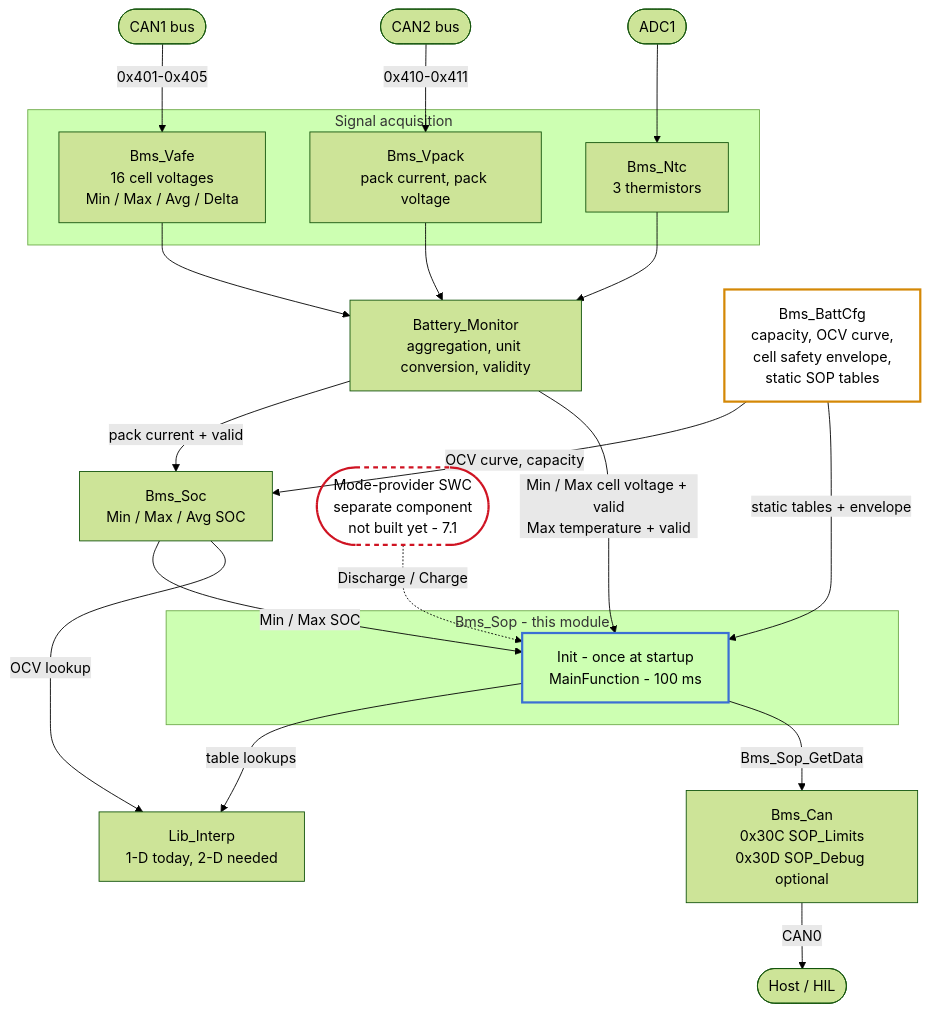
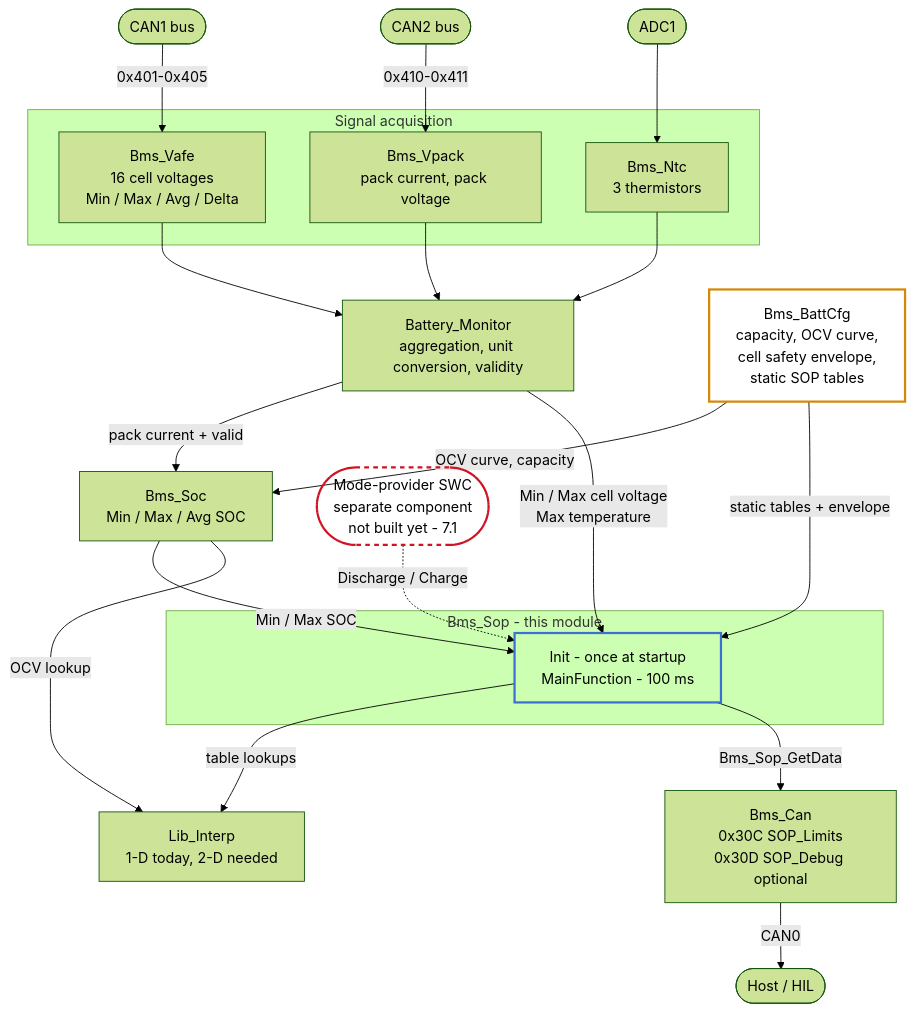
Before and after one commit to jsivolt/BMS_demo: the first of 6 diagrams in src/battery/SOP_DESIGN.md, drawn with Mermaid (forest theme). The commit also changed other lines of this file, not shown here.

````diff
--- a/src/battery/SOP_DESIGN.md
+++ b/src/battery/SOP_DESIGN.md
@@ -106,46 +107,46 @@
 ```mermaid
 flowchart TD
     CAN1(["CAN1 bus"]) -->|"0x401-0x405"| VAFE
     CAN2(["CAN2 bus"]) -->|"0x410-0x411"| VPACK
     ADC1(["ADC1"]) --> NTC
 
     subgraph sensing["Signal acquisition"]
         VAFE["Bms_Vafe<br/>16 cell voltages<br/>Min / Max / Avg / Delta"]
         VPACK["Bms_Vpack<br/>pack current, pack voltage"]
         NTC["Bms_Ntc<br/>3 thermistors"]
     end
 
     VAFE --> BM
     VPACK --> BM
     NTC --> BM
 
     BM["Battery_Monitor<br/>aggregation, unit conversion, validity"]
     SOC["Bms_Soc<br/>Min / Max / Avg SOC"]
 
     BM -->|"pack current + valid"| SOC
-    BM -->|"Min / Max cell voltage + valid<br/>Max temperature + valid"| SOP
+    BM -->|"Min / Max cell voltage<br/>Max temperature"| SOP
     SOC -->|"Min / Max SOC"| SOP
 
     subgraph sop["Bms_Sop - this module"]
         SOP["Init - once at startup<br/>MainFunction - 100 ms"]
     end
 
     CFG["Bms_BattCfg<br/>capacity, OCV curve,<br/>cell safety envelope,<br/>static SOP tables"]
 
     CFG -->|"OCV curve, capacity"| SOC
     CFG -->|"static tables + envelope"| SOP
     SOP -->|"table lookups"| LIB["Lib_Interp<br/>1-D today, 2-D needed"]
     SOC -->|"OCV lookup"| LIB
 
     SOP -->|"Bms_Sop_GetData"| CANMOD["Bms_Can<br/>0x30C SOP_Limits<br/>0x30D SOP_Debug optional"]
     CANMOD -->|"CAN0"| HOST(["Host / HIL"])
 
     MODE(["Mode-provider SWC<br/>separate component<br/>not built yet - 7.1"]) -.->|"Discharge / Charge"| SOP
 
     classDef this fill:transparent,stroke:#3b6fd4,stroke-width:2.5px
     classDef newcfg fill:transparent,stroke:#d48806,stroke-width:2.5px
     classDef undecided fill:transparent,stroke:#cf1322,stroke-width:2.5px,stroke-dasharray:5
     class SOP this
     class CFG newcfg
     class MODE undecided
 ```
````
